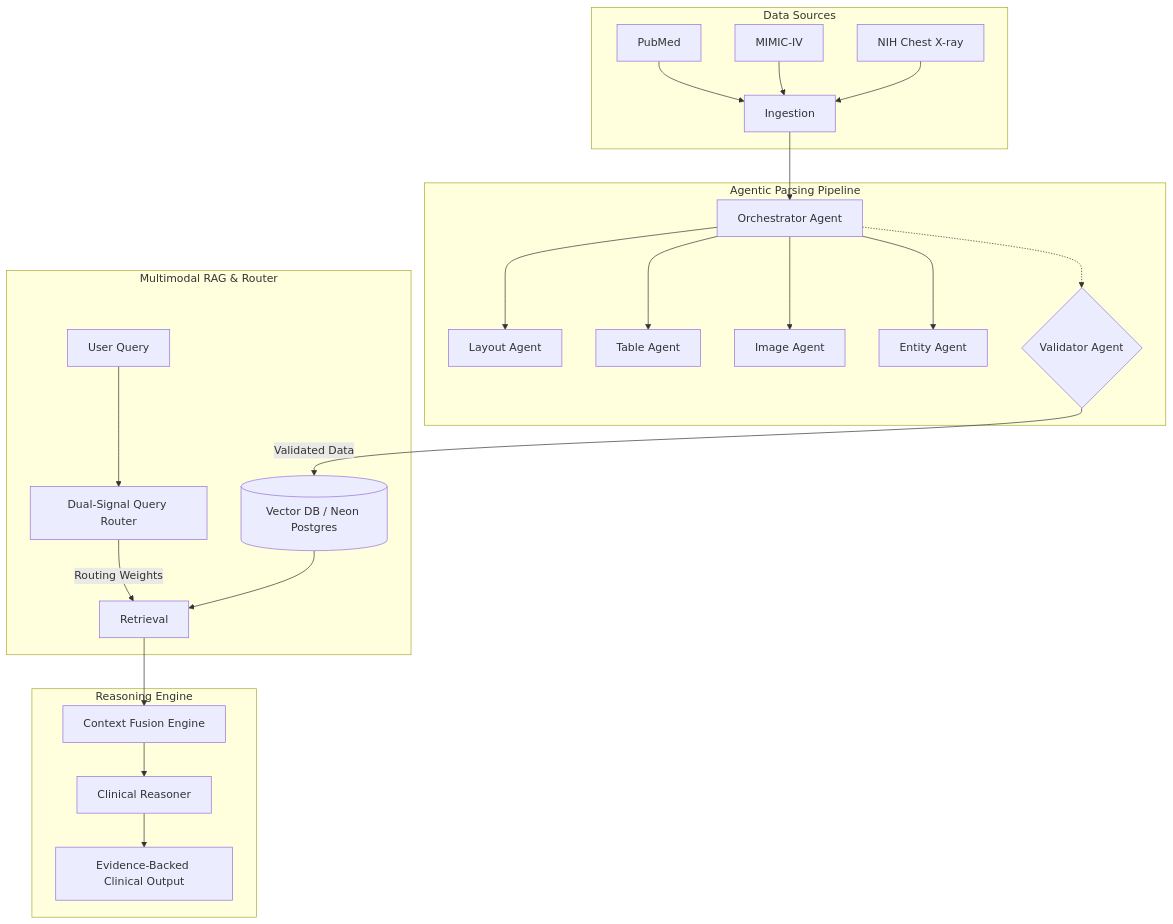
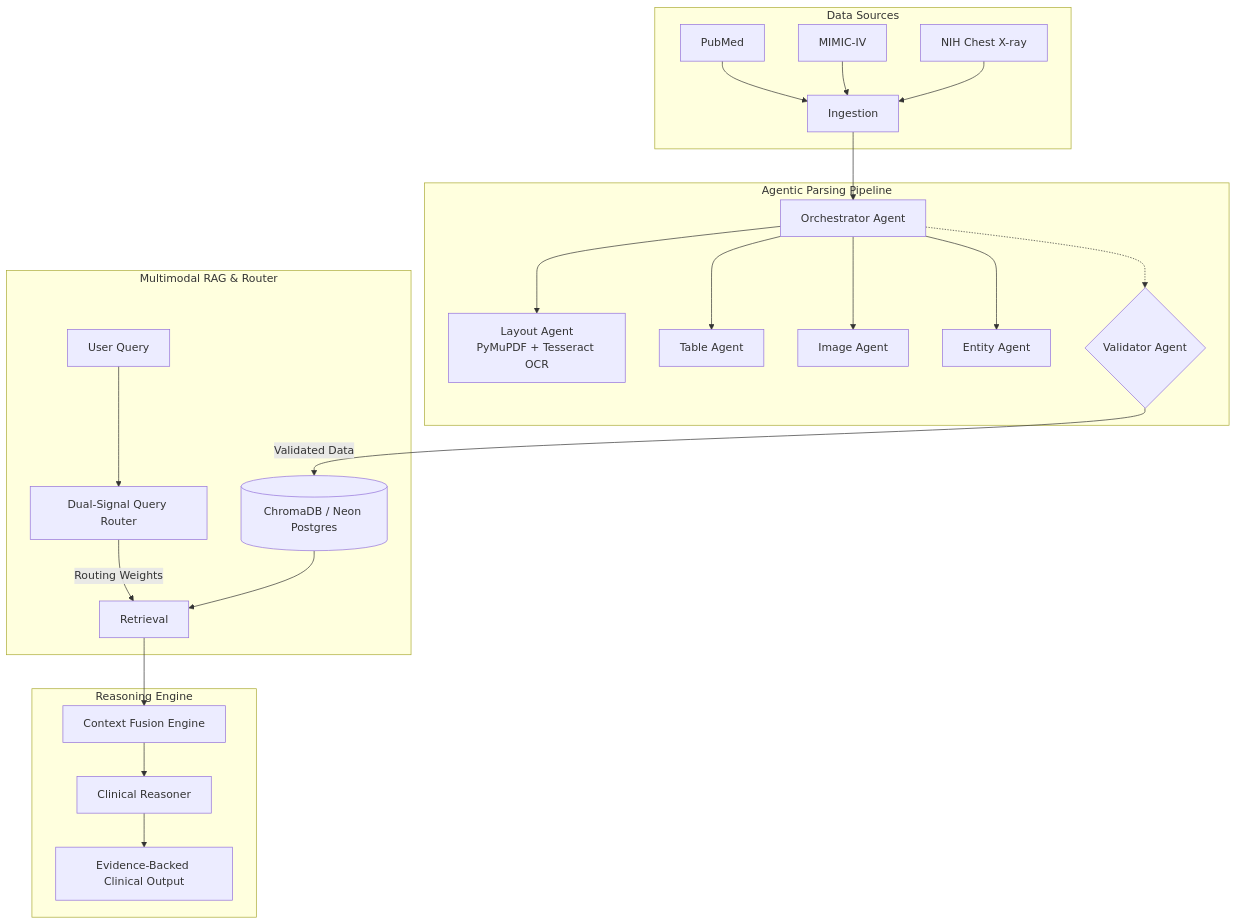
One commit to SanskarG-20/Medical-RAG changed the first of 5 diagrams in README.md. Above: the diagram before and after it, drawn with Mermaid. The commit also changed other lines of this file, not shown here.

First line of the commit message:
docs: update README with ChromaDB architecture, OCR pipeline, and technology table

````diff
--- a/README.md
+++ b/README.md
@@ -10,31 +10,31 @@
 ```mermaid
 graph TD
     %% Master Architecture
     subgraph Data Sources
         P[PubMed] --> Ingestion
         M[MIMIC-IV] --> Ingestion
         N[NIH Chest X-ray] --> Ingestion
     end
 
     subgraph Agentic Parsing Pipeline
         Ingestion --> O[Orchestrator Agent]
-        O --> L[Layout Agent]
+        O --> L[Layout Agent<br>PyMuPDF + Tesseract OCR]
         O --> T[Table Agent]
         O --> I[Image Agent]
         O --> E[Entity Agent]
         O -.-> V{Validator Agent}
     end
 
     subgraph Multimodal RAG & Router
-        V -- Validated Data --> DB[(Vector DB / Neon Postgres)]
+        V -- Validated Data --> DB[(ChromaDB / Neon Postgres)]
         Q[User Query] --> R[Dual-Signal Query Router]
         R -->|Routing Weights| Retrieval
         DB --> Retrieval
     end
 
     subgraph Reasoning Engine
         Retrieval --> CF[Context Fusion Engine]
         CF --> CR[Clinical Reasoner]
         CR --> Out[Evidence-Backed Clinical Output]
     end
 ```
````
